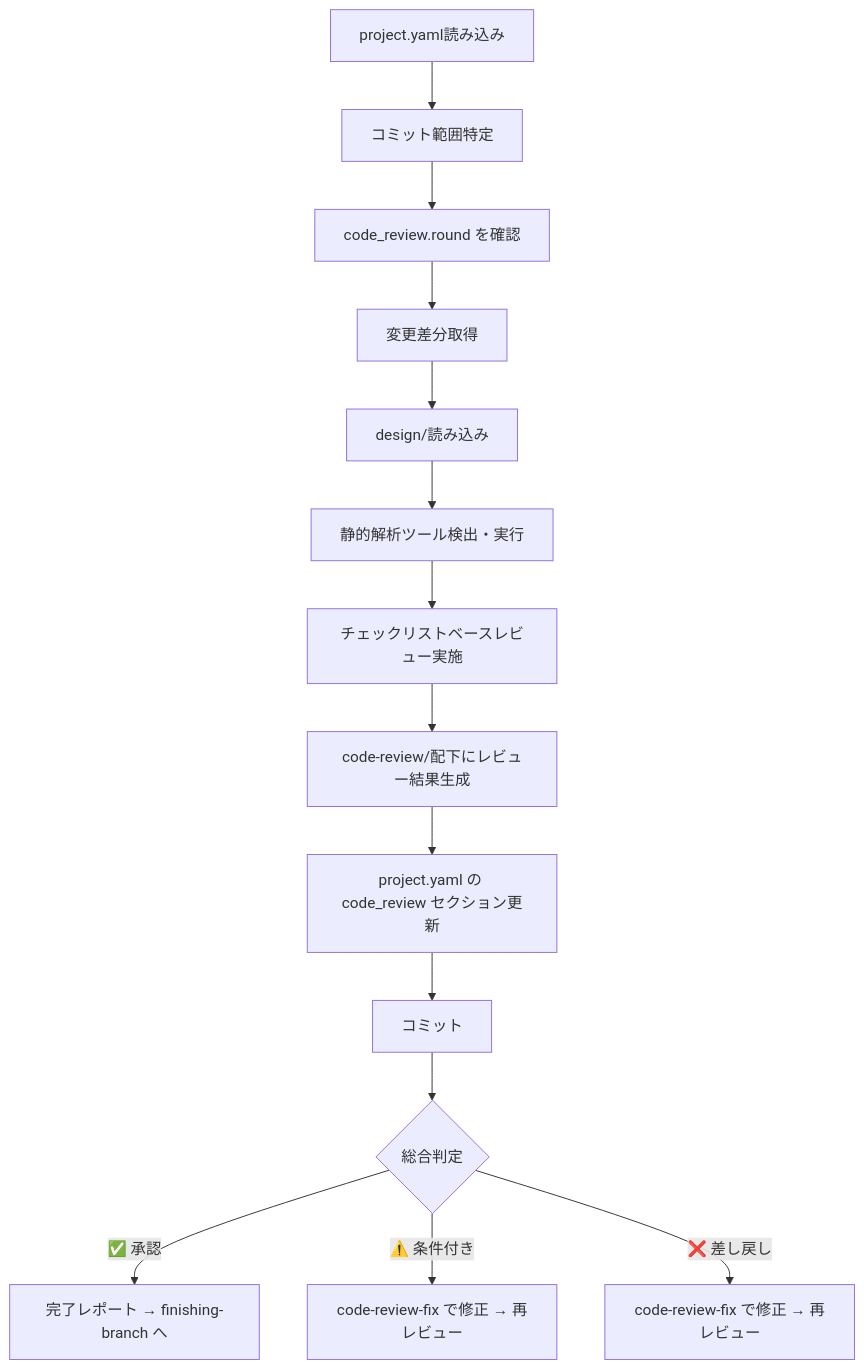
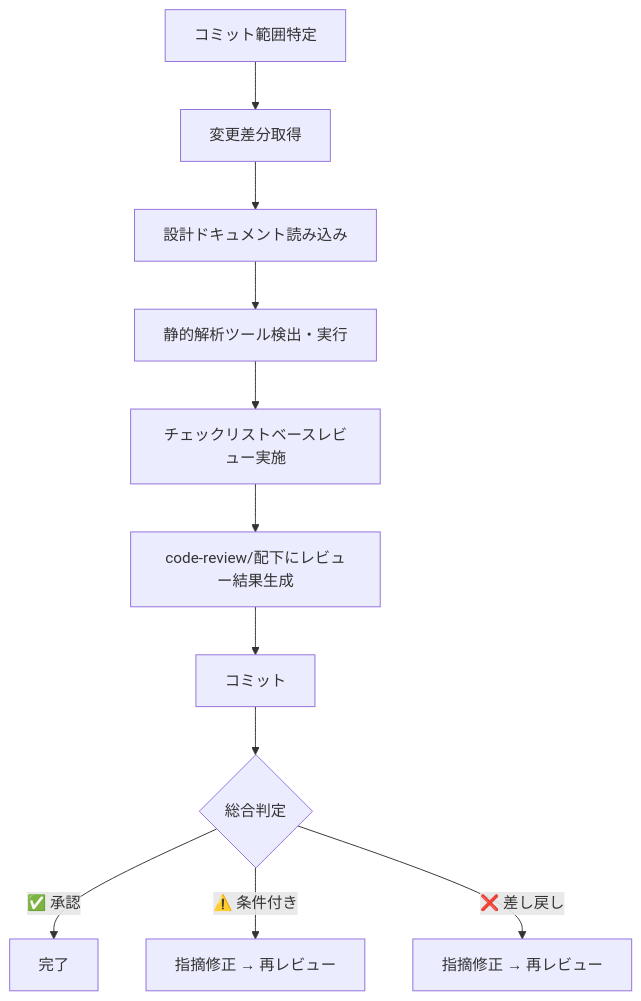
One commit to NagasakaH/dev-process changed the second of 2 diagrams in .claude/skills/code-review/SKILL.md. Above: the diagram before and after it, drawn with Mermaid. The commit also changed other lines of this file and 30 other files, not shown here.

````diff
--- a/.claude/skills/code-review/SKILL.md
+++ b/.claude/skills/code-review/SKILL.md
@@ -234,16 +205,13 @@
 ```mermaid
 flowchart TD
-    A[project.yaml読み込み] --> B[コミット範囲特定]
-    B --> C[code_review.round を確認]
-    C --> D[変更差分取得]
-    D --> E[design/読み込み]
-    E --> F[静的解析ツール検出・実行]
-    F --> G[チェックリストベースレビュー実施]
-    G --> H[code-review/配下にレビュー結果生成]
-    H --> I[project.yaml の code_review セクション更新]
-    I --> J[コミット]
-    J --> K{総合判定}
-    K -->|✅ 承認| L[完了レポート → finishing-branch へ]
-    K -->|⚠️ 条件付き| M[code-review-fix で修正 → 再レビュー]
-    K -->|❌ 差し戻し| N[code-review-fix で修正 → 再レビュー]
+    A[コミット範囲特定] --> B[変更差分取得]
+    B --> C[設計ドキュメント読み込み]
+    C --> D[静的解析ツール検出・実行]
+    D --> E[チェックリストベースレビュー実施]
+    E --> F[code-review/配下にレビュー結果生成]
+    F --> G[コミット]
+    G --> H{総合判定}
+    H -->|✅ 承認| I[完了]
+    H -->|⚠️ 条件付き| J[指摘修正 → 再レビュー]
+    H -->|❌ 差し戻し| K[指摘修正 → 再レビュー]
 ```
````
